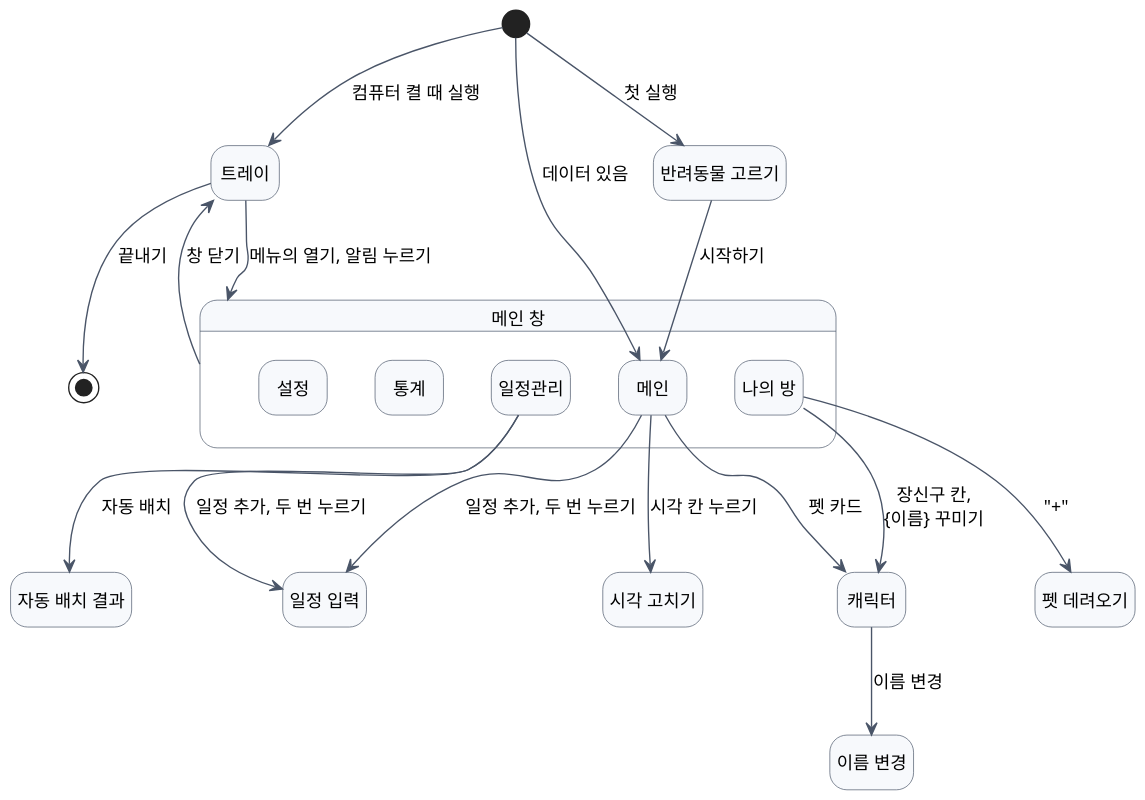
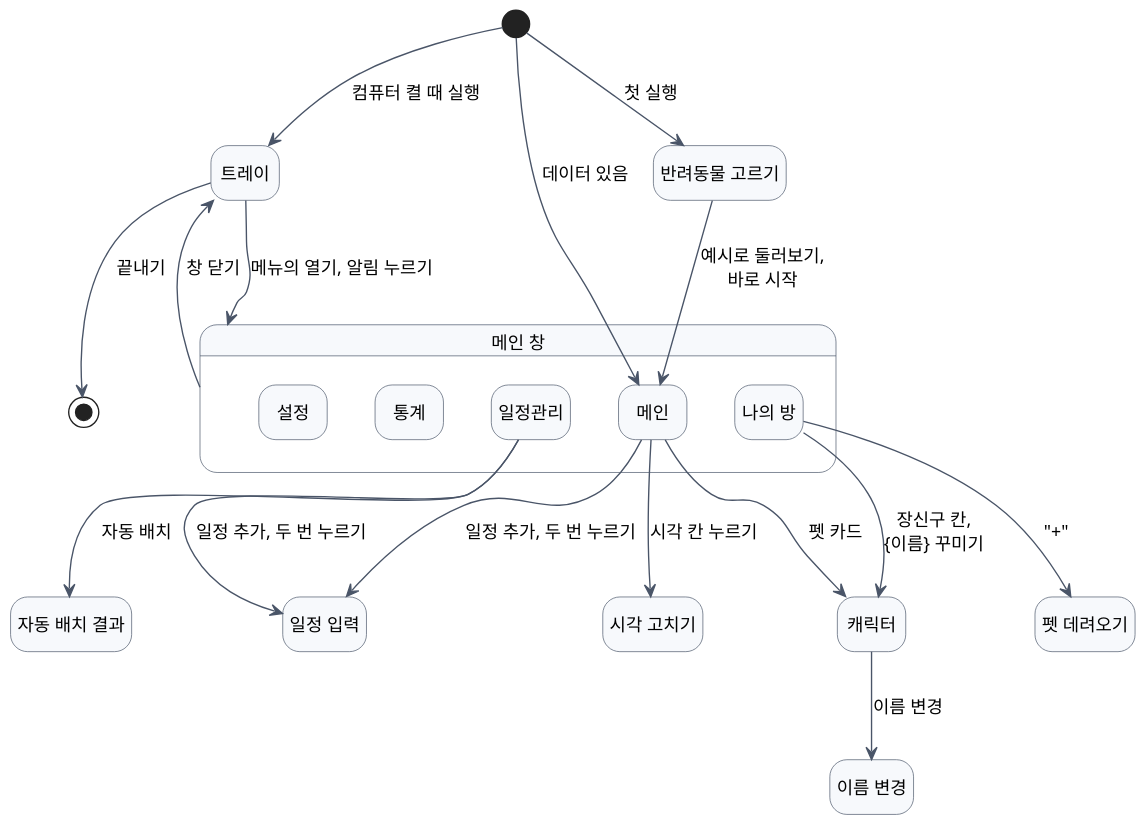
Before and after one commit to 2026-2-software-system-design-11/planning-pet-app: the diagram in docs/diagrams/ui-flow.puml, drawn with PlantUML. The commit also changed 7 other files, not shown here.

First line of the commit message:
docs(diagrams): 홈, 고르기 창, 설정, 화면 흐름 와이어프레임 다시 그리기 (#187)

```diff
--- a/docs/diagrams/ui-flow.puml
+++ b/docs/diagrams/ui-flow.puml
@@ -1,44 +1,44 @@
 @startuml ui-flow
 skinparam defaultFontName "Apple SD Gothic Neo"
 skinparam defaultFontSize 13
 skinparam dpi 130
 skinparam shadowing false
 skinparam ArrowColor #4A5568
 skinparam state {
   BackgroundColor #F7F9FC
   BorderColor #4A5568
 }
 hide empty description
 
 state "반려동물 고르기" as Pick
 state "트레이" as Tray
 state "메인 창" as Win {
   state "메인" as Main
   state "일정관리" as Sched
   state "나의 방" as Room
   state "통계" as Stat
   state "설정" as Set
 }
 state "일정 입력" as Form
 state "자동 배치 결과" as Place
 state "펫 데려오기" as Adopt
 state "캐릭터" as Char
 state "이름 변경" as Rename
 state "시각 고치기" as Time
 
 [*] --> Pick : 첫 실행
 [*] --> Main : 데이터 있음
 [*] --> Tray : 컴퓨터 켤 때 실행
-Pick --> Main : 시작하기
+Pick --> Main : 예시로 둘러보기,\n바로 시작
 Main --> Form : 일정 추가, 두 번 누르기
 Main --> Time : 시각 칸 누르기
 Sched --> Form : 일정 추가, 두 번 누르기
 Sched --> Place : 자동 배치
 Room --> Adopt : "+"
 Main --> Char : 펫 카드
 Room --> Char : 장신구 칸,\n{이름} 꾸미기
 Char --> Rename : 이름 변경
 Win --> Tray : 창 닫기
 Tray --> Win : 메뉴의 열기, 알림 누르기
 Tray --> [*] : 끝내기
 @enduml
```
